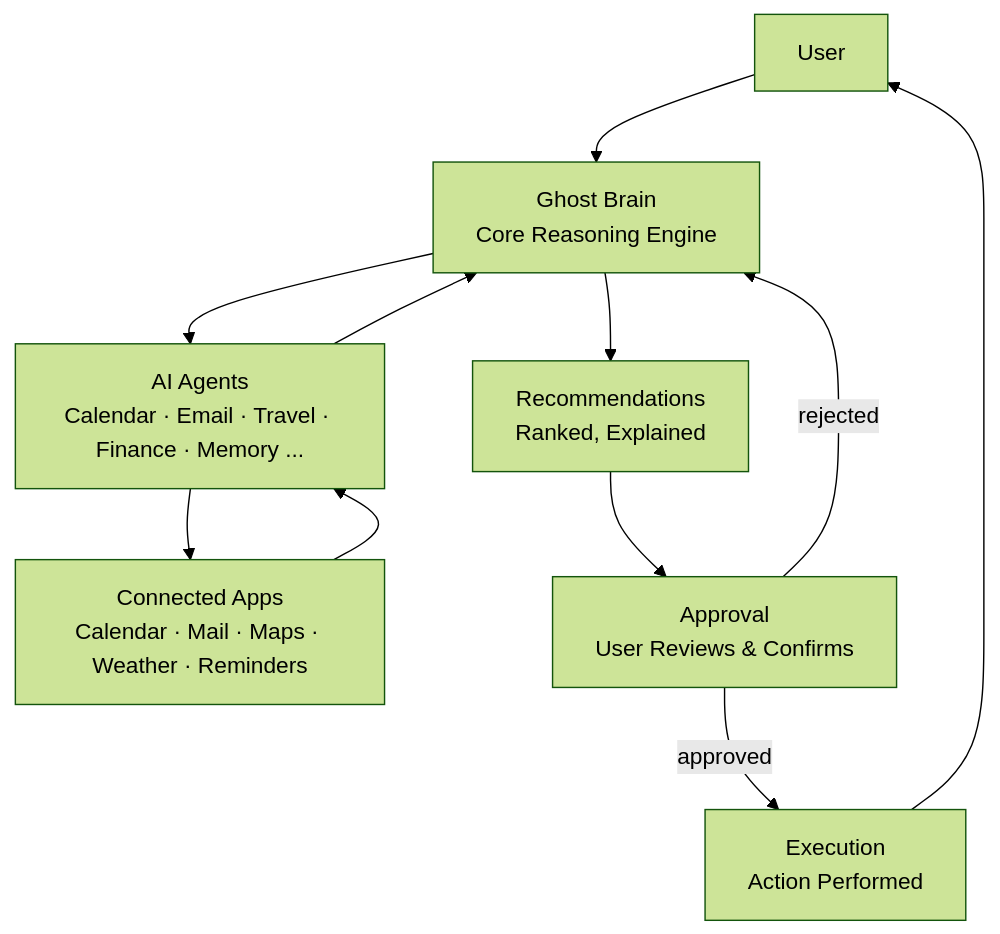
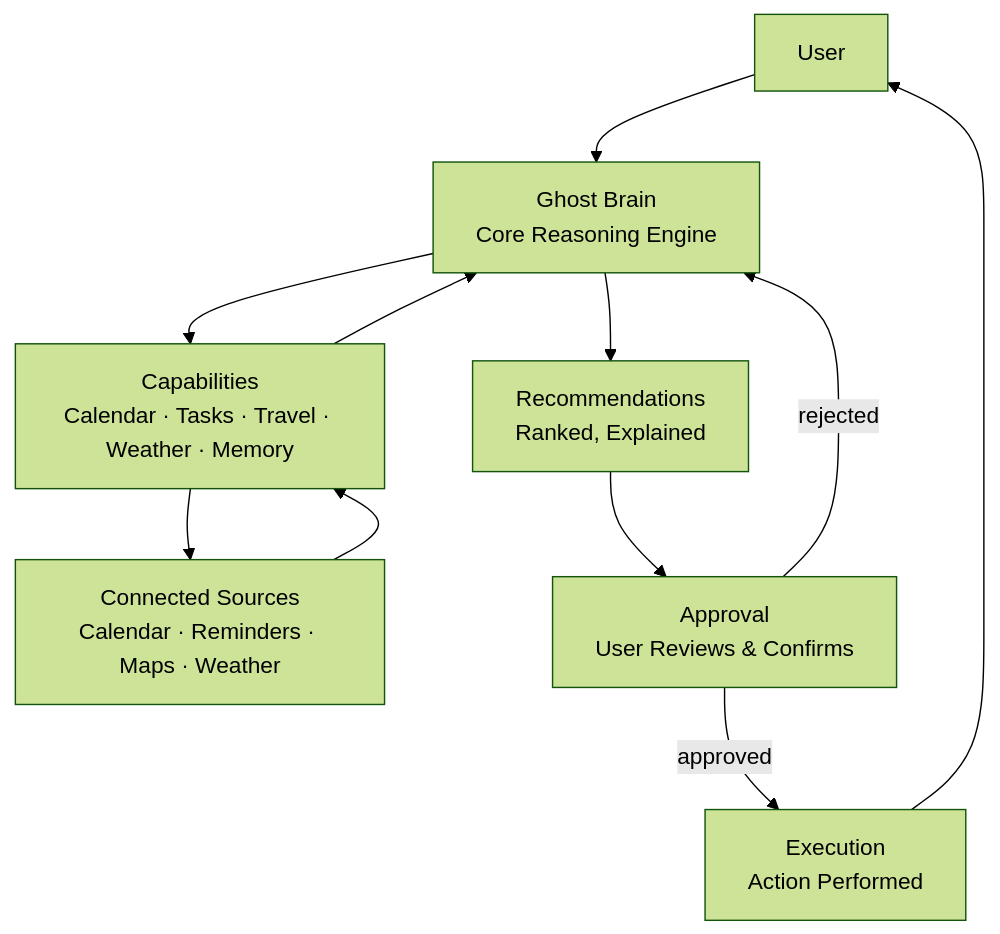
One commit to TFT444/lifepilot changed the first of 3 diagrams in docs/ARCHITECTURE.md. Above: the diagram before and after it, drawn with Mermaid (forest theme). The commit also changed other lines of this file and 47 other files, not shown here.

````diff
--- a/docs/ARCHITECTURE.md
+++ b/docs/ARCHITECTURE.md
@@ -18,21 +18,21 @@
 ```mermaid
 flowchart TD
     U[User]
     GB[Ghost Brain\nCore Reasoning Engine]
-    AG[AI Agents\nCalendar · Email · Travel · Finance · Memory ...]
-    APPS[Connected Apps\nCalendar · Mail · Maps · Weather · Reminders]
+    AG[Capabilities\nCalendar · Tasks · Travel · Weather · Memory]
+    APPS[Connected Sources\nCalendar · Reminders · Maps · Weather]
     REC[Recommendations\nRanked, Explained]
     APP[Approval\nUser Reviews & Confirms]
     EX[Execution\nAction Performed]
 
     U --> GB
     GB --> AG
     AG --> APPS
     APPS --> AG
     AG --> GB
     GB --> REC
     REC --> APP
     APP -->|approved| EX
     APP -->|rejected| GB
     EX --> U
 ```
````
